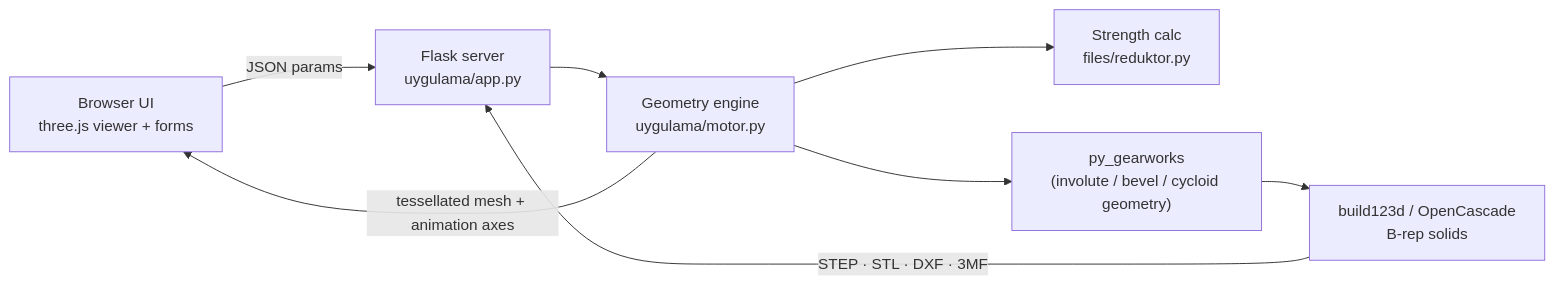
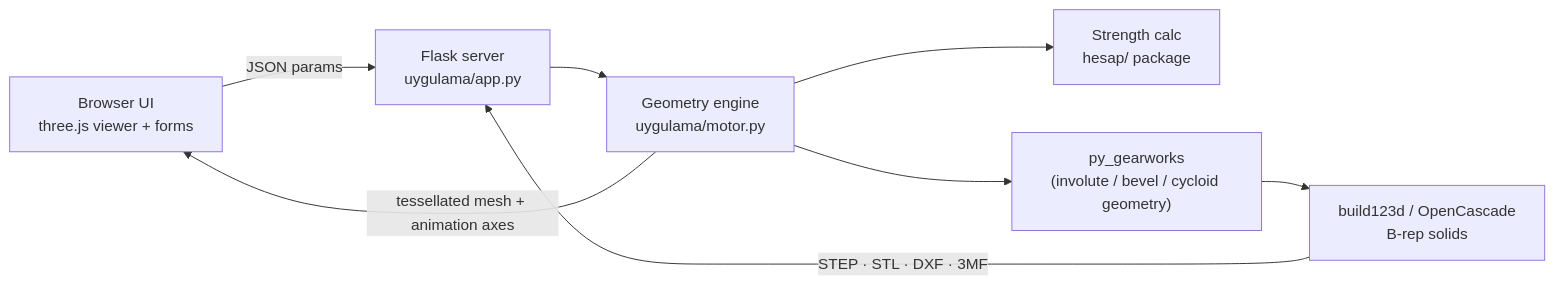
Before and after one commit to HCE-Engineer/gear-drivetrain-design-tool: the diagram in README.en.md, drawn with Mermaid. The commit also changed other lines of this file and 21 other files, not shown here.

````diff
--- a/README.en.md
+++ b/README.en.md
@@ -92,10 +117,10 @@
 ```mermaid
 flowchart LR
     UI["Browser UI<br/>three.js viewer + forms"] -- "JSON params" --> API["Flask server<br/>uygulama/app.py"]
     API --> ENG["Geometry engine<br/>uygulama/motor.py"]
-    ENG --> CALC["Strength calc<br/>files/reduktor.py"]
+    ENG --> CALC["Strength calc<br/>hesap/ package"]
     ENG --> PGW["py_gearworks<br/>(involute / bevel / cycloid geometry)"]
     PGW --> OCC["build123d / OpenCascade<br/>B-rep solids"]
     ENG -- "tessellated mesh + animation axes" --> UI
     OCC -- "STEP · STL · DXF · 3MF" --> API
 ```
````
